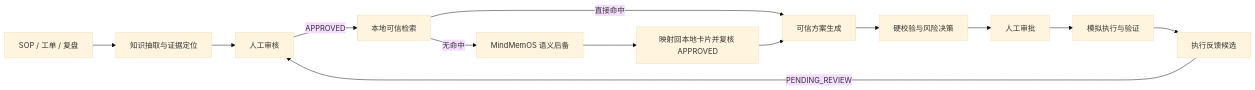
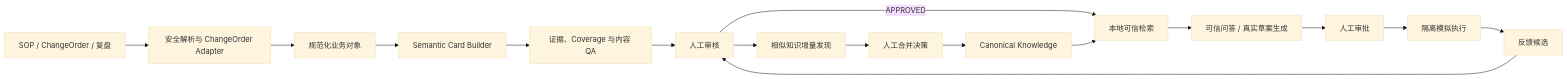
The diagram in README.md (Ptttt1t/ops-knowledge-studio-public), drawn with Mermaid (base theme) before and after one commit. The commit also changed other lines of this file and 6 other files, not shown here.

````diff
--- a/README.md
+++ b/README.md
@@ -16,15 +98,18 @@
 ```mermaid
 flowchart LR
-    A["SOP / 工单 / 复盘"] --> B["知识抽取与证据定位"]
-    B --> C["人工审核"]
-    C -->|APPROVED| D["本地可信检索"]
-    D -->|直接命中| E["可信方案生成"]
-    D -->|无命中| M["MindMemOS 语义后备"]
-    M --> V["映射回本地卡片并复核 APPROVED"]
-    V --> E
-    E --> F["硬校验与风险决策"]
-    F --> G["人工审批"]
-    G --> H["模拟执行与验证"]
-    H --> I["执行反馈候选"]
-    I -->|PENDING_REVIEW| C
+    S["SOP / ChangeOrder / 复盘"] --> A["安全解析与 ChangeOrder Adapter"]
+    A --> B["规范化业务对象"]
+    B --> C["Semantic Card Builder"]
+    C --> Q["证据、Coverage 与内容 QA"]
+    Q --> H["人工审核"]
+    H -->|APPROVED| R["本地可信检索"]
+    R --> G["可信问答 / 真实草案生成"]
+    H --> M["相似知识增量发现"]
+    M --> D["人工合并决策"]
+    D --> K["Canonical Knowledge"]
+    K --> R
+    G --> P["人工审批"]
+    P --> X["隔离模拟执行"]
+    X --> F["反馈候选"]
+    F --> H
 ```
````
